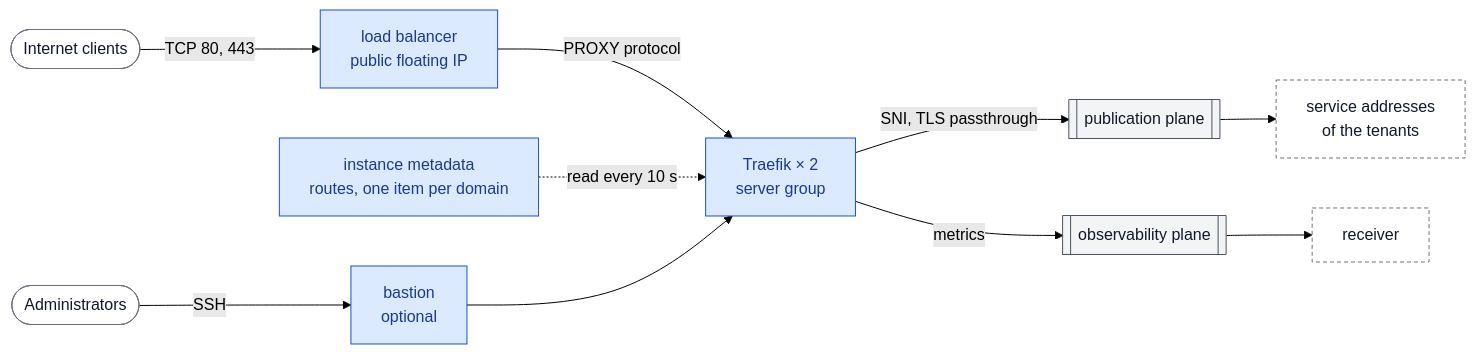
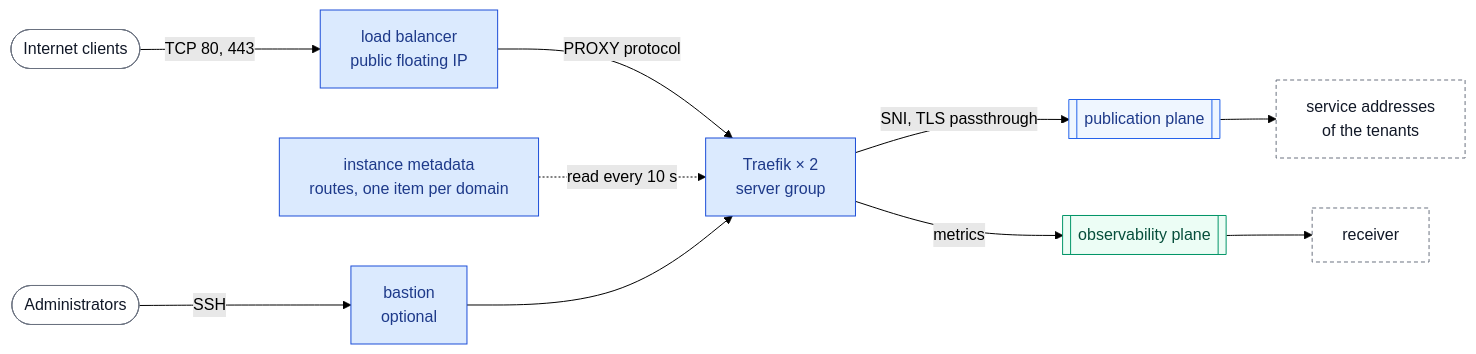
One commit to CyprisTech/openstack-multitenant-reference changed the diagram in stacks/shared/entry-point/README.md. Above: the diagram before and after it, drawn with Mermaid (forest theme). The commit also changed other lines of this file and 17 other files, not shown here.

First line of the commit message:
Diagrams: tenants by exposure, one palette by role, compact diagrams

````diff
--- a/stacks/shared/entry-point/README.md
+++ b/stacks/shared/entry-point/README.md
@@ -12,22 +12,24 @@
 ```mermaid
 flowchart LR
     U(["Internet clients"]) -->|"TCP 80, 443"| LB["load balancer<br/>public floating IP"]
     LB -->|"PROXY protocol"| TF["Traefik × 2<br/>server group"]
     MD["instance metadata<br/>routes, one item per domain"] -.->|"read every 10 s"| TF
     TF -->|"SNI, TLS passthrough"| PUB[["publication plane"]]
     PUB --> SA["service addresses<br/>of the tenants"]
     TF -->|"metrics"| MON[["observability plane"]]
     MON --> RCV["receiver"]
     ADM(["Administrators"]) -->|"SSH"| BA["bastion<br/>optional"]
     BA --> TF
 
     classDef shared fill:#dbeafe,stroke:#1d4ed8,color:#1e3a8a
-    classDef plane fill:#f3f4f6,stroke:#4b5563,color:#111827
+    classDef pub fill:#eff6ff,stroke:#2563eb,color:#1e3a8a
+    classDef obs fill:#ecfdf5,stroke:#059669,color:#064e3b
     classDef tenant fill:#ffedd5,stroke:#c2410c,color:#7c2d12
     classDef outside fill:#ffffff,stroke:#6b7280,color:#111827
     classDef other fill:#ffffff,stroke:#6b7280,color:#111827,stroke-dasharray:4 3
     class LB,TF,BA,MD shared
-    class PUB,MON plane
+    class PUB pub
+    class MON obs
     class SA,RCV other
     class U,ADM outside
 ```
````
